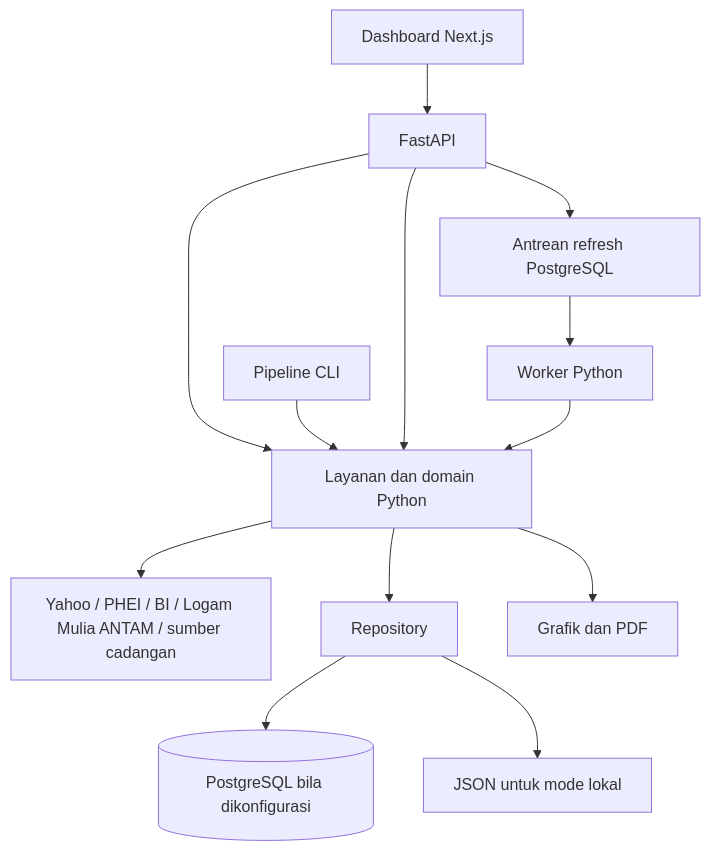
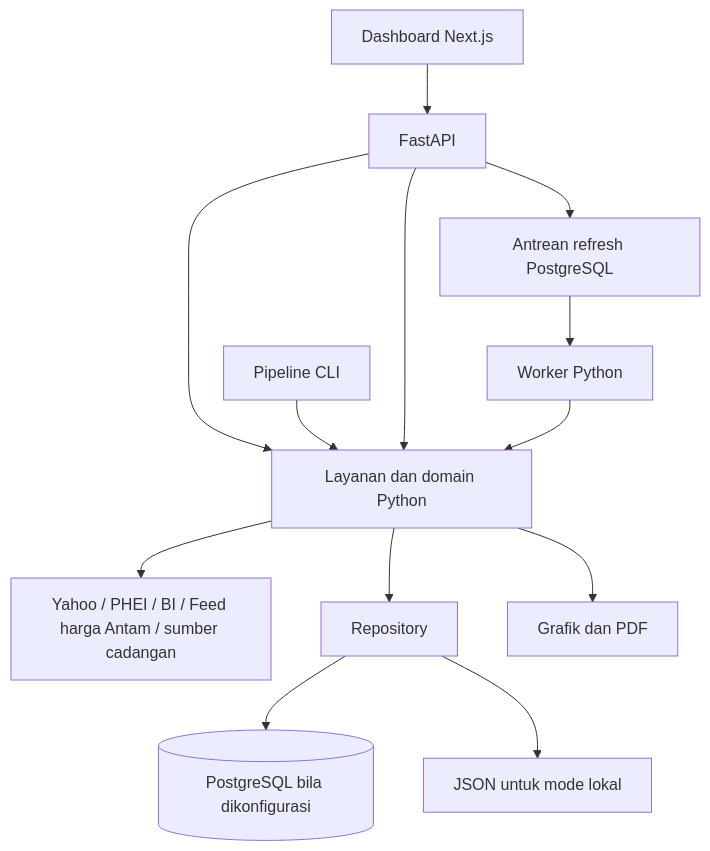
One commit to fajarwiguna/market-insights-dashboard changed the diagram in docs/PROJECT_BRIEF.md. Above: the diagram before and after it, drawn with Mermaid. The commit also changed other lines of this file and 18 other files, not shown here.

````diff
--- a/docs/PROJECT_BRIEF.md
+++ b/docs/PROJECT_BRIEF.md
@@ -237,15 +243,15 @@
 ```mermaid
 flowchart TD
     WEB[Dashboard Next.js] --> API[FastAPI]
     API --> C[Layanan dan domain Python]
     CLI[Pipeline CLI] --> C
     API[FastAPI] --> C
     API --> Q[Antrean refresh PostgreSQL]
     Q --> W[Worker Python]
     W --> C
-    C --> P[Yahoo / PHEI / BI / Logam Mulia ANTAM / sumber cadangan]
+    C --> P[Yahoo / PHEI / BI / Feed harga Antam / sumber cadangan]
     C --> R[Repository]
     R --> DB[(PostgreSQL bila dikonfigurasi)]
     R --> J[JSON untuk mode lokal]
     C --> PDF[Grafik dan PDF]
 ```
````
